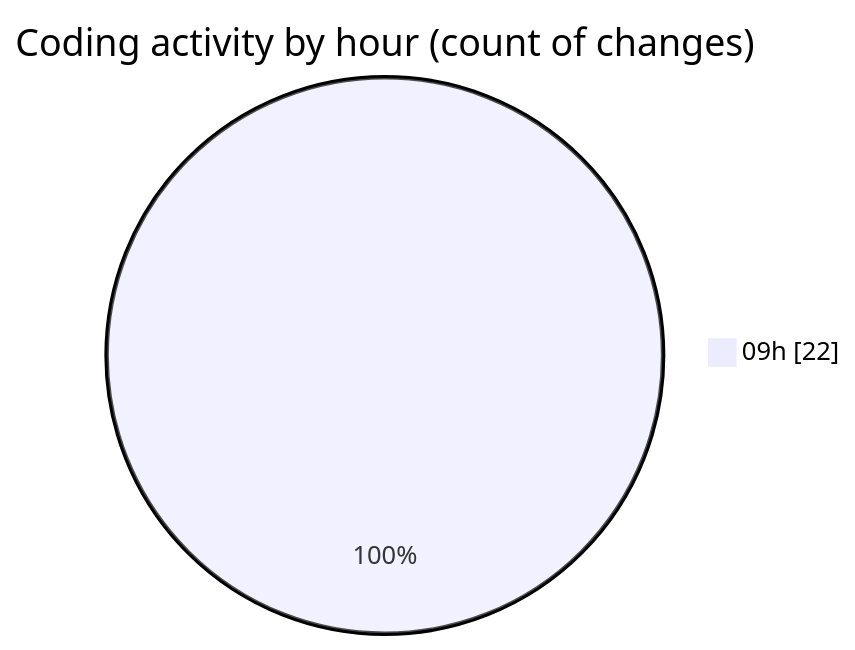
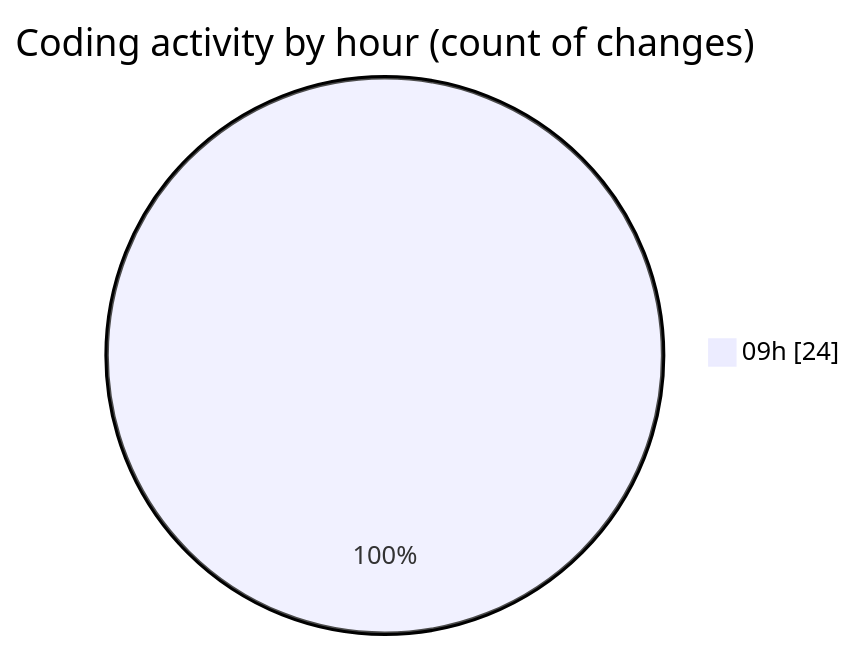
The second of 2 diagrams in 2025-12-09/cda/README.md (momahboobian/code-tracking), drawn with Mermaid before and after one commit. The commit also changed other lines of this file and 1 other file, not shown here.

````diff
--- a/2025-12-09/cda/README.md
+++ b/2025-12-09/cda/README.md
@@ -30,5 +30,5 @@
 ```mermaid
 pie showData
 title Coding activity by hour (count of changes)
-"09h" : 22
+"09h" : 24
 ```
````
